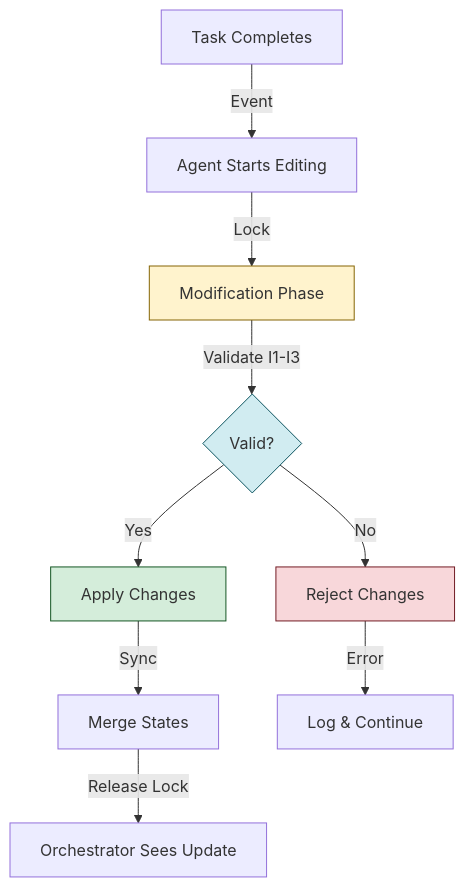
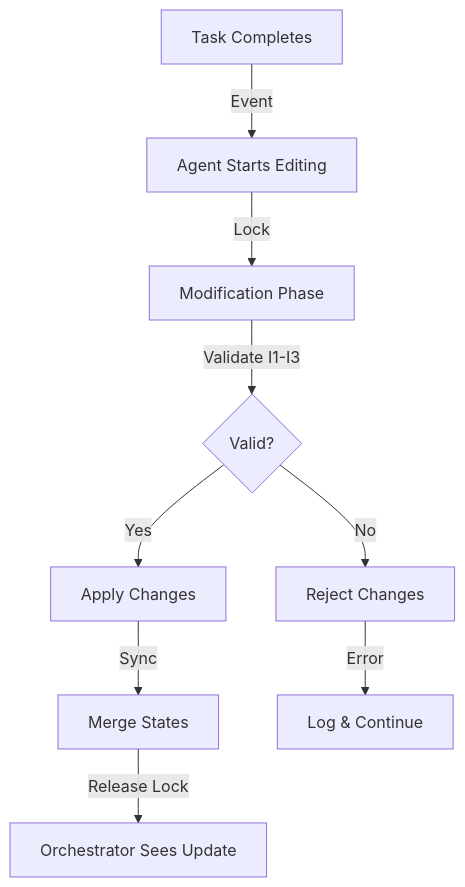
The first of 2 diagrams in documents/docs/galaxy/constellation_orchestrator/consistency_guarantees.md (microsoft/UFO), drawn with Mermaid before and after one commit. The commit also changed other lines of this file and 13 other files, not shown here.

````diff
--- a/documents/docs/galaxy/constellation_orchestrator/consistency_guarantees.md
+++ b/documents/docs/galaxy/constellation_orchestrator/consistency_guarantees.md
@@ -311,16 +294,11 @@
 ```mermaid
 graph TD
     A[Task Completes] -->|Event| B[Agent Starts Editing]
     B -->|Lock| C[Modification Phase]
     C -->|Validate I1-I3| D{Valid?}
     D -->|Yes| E[Apply Changes]
     D -->|No| F[Reject Changes]
     E -->|Sync| G[Merge States]
     F -->|Error| H[Log & Continue]
     G -->|Release Lock| I[Orchestrator Sees Update]
-    
-    style C fill:#fff3cd,stroke:#856404
-    style D fill:#d1ecf1,stroke:#0c5460
-    style E fill:#d4edda,stroke:#155724
-    style F fill:#f8d7da,stroke:#721c24
 ```
````
